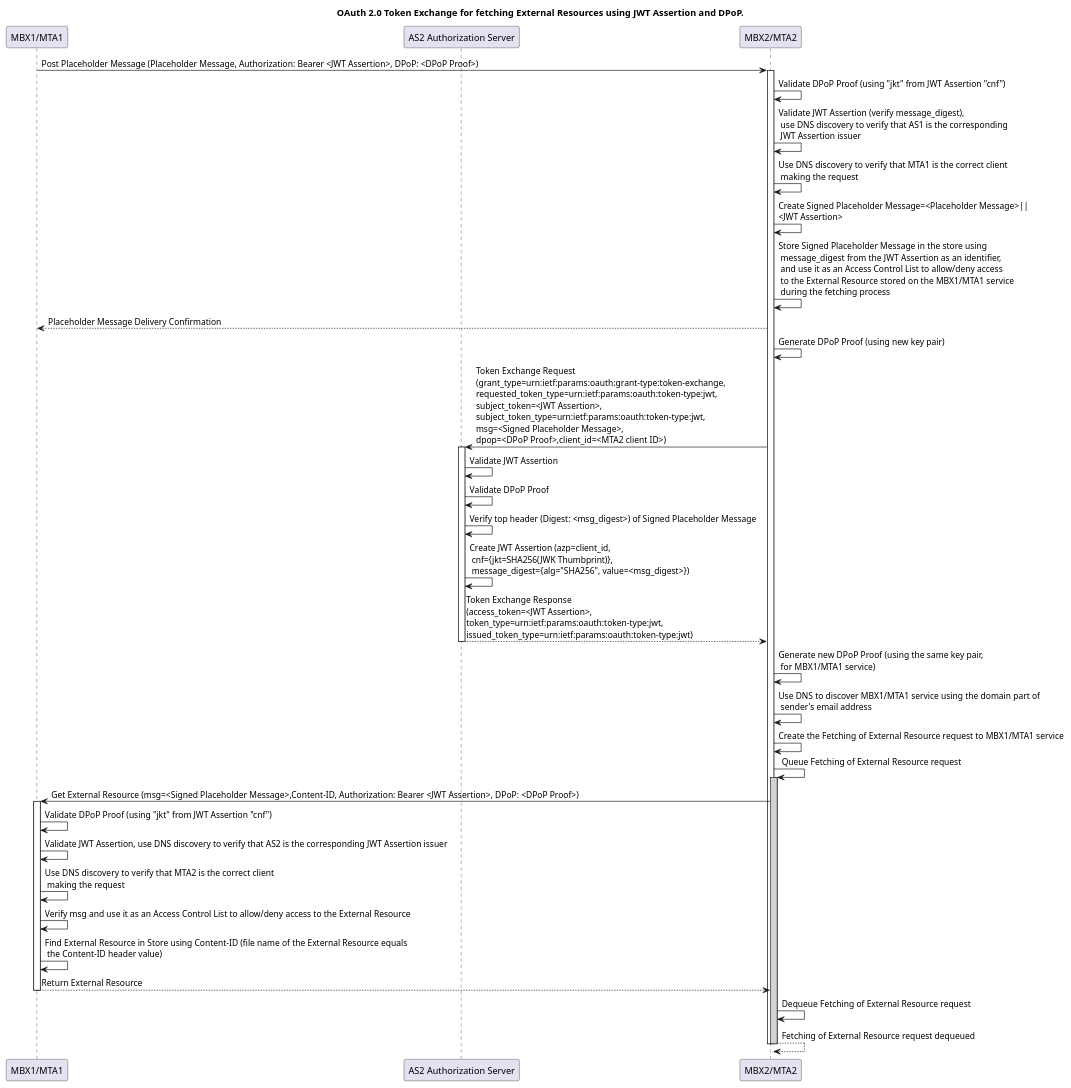
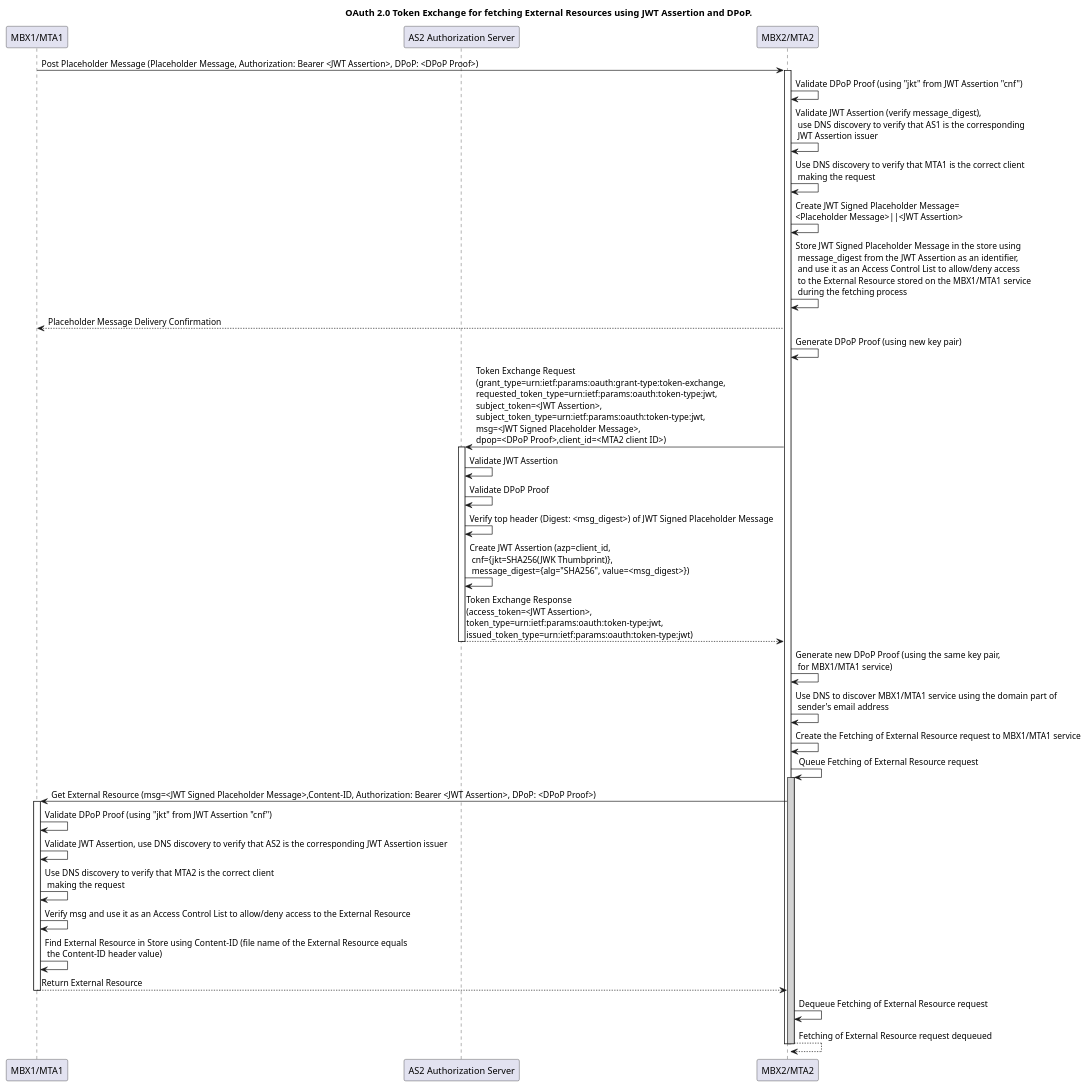
Before and after one commit to federizer/federizer: the third of 4 diagrams in docs/DESCRIPTION.md, drawn with PlantUML. The commit also changed other lines of this file and 2 other files, not shown here.

````diff
--- a/docs/DESCRIPTION.md
+++ b/docs/DESCRIPTION.md
@@ -376,55 +380,55 @@
 ```plantuml
 @startuml
 title OAuth 2.0 Token Exchange for fetching External Resources using JWT Assertion and DPoP.
-participant "MBX1/MTA1" as EntityA
+participant "MBX1/MTA1" as Entity1
 participant "AS2 Authorization Server" as AuthServer
-participant "MBX2/MTA2" as EntityB
+participant "MBX2/MTA2" as Entity2
 
-EntityA -> EntityB: Post Placeholder Message (Placeholder Message, Authorization: Bearer <JWT Assertion>, DPoP: <DPoP Proof>)
-activate EntityB
+Entity1 -> Entity2: Post Placeholder Message (Placeholder Message, Authorization: Bearer <JWT Assertion>, DPoP: <DPoP Proof>)
+activate Entity2
 
-EntityB -> EntityB: Validate DPoP Proof (using "jkt" from JWT Assertion "cnf")
-EntityB -> EntityB: Validate JWT Assertion (verify message_digest),\n use DNS discovery to verify that AS1 is the corresponding\n JWT Assertion issuer
-EntityB -> EntityB: Use DNS discovery to verify that MTA1 is the correct client\n making the request
-EntityB -> EntityB: Create Signed Placeholder Message=<Placeholder Message>||\n<JWT Assertion>
-EntityB -> EntityB: Store Signed Placeholder Message in the store using\n message_digest from the JWT Assertion as an identifier,\n and use it as an Access Control List to allow/deny access\n to the External Resource stored on the MBX1/MTA1 service\n during the fetching process
-EntityB --> EntityA: Placeholder Message Delivery Confirmation
+Entity2 -> Entity2: Validate DPoP Proof (using "jkt" from JWT Assertion "cnf")
+Entity2 -> Entity2: Validate JWT Assertion (verify message_digest),\n use DNS discovery to verify that AS1 is the corresponding\n JWT Assertion issuer
+Entity2 -> Entity2: Use DNS discovery to verify that MTA1 is the correct client\n making the request
+Entity2 -> Entity2: Create JWT Signed Placeholder Message=\n<Placeholder Message>||<JWT Assertion>
+Entity2 -> Entity2: Store JWT Signed Placeholder Message in the store using\n message_digest from the JWT Assertion as an identifier,\n and use it as an Access Control List to allow/deny access\n to the External Resource stored on the MBX1/MTA1 service\n during the fetching process
+Entity2 --> Entity1: Placeholder Message Delivery Confirmation
 
-EntityB -> EntityB: Generate DPoP Proof (using new key pair)
+Entity2 -> Entity2: Generate DPoP Proof (using new key pair)
 
-EntityB -> AuthServer: Token Exchange Request\n(grant_type=urn:ietf:params:oauth:grant-type:token-exchange,\nrequested_token_type=urn:ietf:params:oauth:token-type:jwt,\nsubject_token=<JWT Assertion>,\nsubject_token_type=urn:ietf:params:oauth:token-type:jwt,\nmsg=<Signed Placeholder Message>,\ndpop=<DPoP Proof>,client_id=<MTA2 client ID>)
+Entity2 -> AuthServer: Token Exchange Request\n(grant_type=urn:ietf:params:oauth:grant-type:token-exchange,\nrequested_token_type=urn:ietf:params:oauth:token-type:jwt,\nsubject_token=<JWT Assertion>,\nsubject_token_type=urn:ietf:params:oauth:token-type:jwt,\nmsg=<JWT Signed Placeholder Message>,\ndpop=<DPoP Proof>,client_id=<MTA2 client ID>)
 activate AuthServer
 
 AuthServer -> AuthServer: Validate JWT Assertion
 AuthServer -> AuthServer: Validate DPoP Proof
-AuthServer -> AuthServer: Verify top header (Digest: <msg_digest>) of Signed Placeholder Message
+AuthServer -> AuthServer: Verify top header (Digest: <msg_digest>) of JWT Signed Placeholder Message
 AuthServer -> AuthServer: Create JWT Assertion (azp=client_id,\n cnf={jkt=SHA256(JWK Thumbprint)},\n message_digest={alg="SHA256", value=<msg_digest>})
 
-AuthServer --> EntityB: Token Exchange Response\n(access_token=<JWT Assertion>,\ntoken_type=urn:ietf:params:oauth:token-type:jwt,\nissued_token_type=urn:ietf:params:oauth:token-type:jwt)
+AuthServer --> Entity2: Token Exchange Response\n(access_token=<JWT Assertion>,\ntoken_type=urn:ietf:params:oauth:token-type:jwt,\nissued_token_type=urn:ietf:params:oauth:token-type:jwt)
 deactivate AuthServer
 
-EntityB -> EntityB: Generate new DPoP Proof (using the same key pair,\n for MBX1/MTA1 service)
+Entity2 -> Entity2: Generate new DPoP Proof (using the same key pair,\n for MBX1/MTA1 service)
 
-EntityB -> EntityB: Use DNS to discover MBX1/MTA1 service using the domain part of\n sender's email address
-EntityB -> EntityB: Create the Fetching of External Resource request to MBX1/MTA1 service
-EntityB -> EntityB: Queue Fetching of External Resource request
-activate EntityB #LightGray
+Entity2 -> Entity2: Use DNS to discover MBX1/MTA1 service using the domain part of\n sender's email address
+Entity2 -> Entity2: Create the Fetching of External Resource request to MBX1/MTA1 service
+Entity2 -> Entity2: Queue Fetching of External Resource request
+activate Entity2 #LightGray
 
-EntityB -> EntityA: Get External Resource (msg=<Signed Placeholder Message>,Content-ID, Authorization: Bearer <JWT Assertion>, DPoP: <DPoP Proof>)
-activate EntityA
+Entity2 -> Entity1: Get External Resource (msg=<JWT Signed Placeholder Message>,Content-ID, Authorization: Bearer <JWT Assertion>, DPoP: <DPoP Proof>)
+activate Entity1
 
-EntityA -> EntityA: Validate DPoP Proof (using "jkt" from JWT Assertion "cnf")
-EntityA -> EntityA: Validate JWT Assertion, use DNS discovery to verify that AS2 is the corresponding JWT Assertion issuer
-EntityA -> EntityA: Use DNS discovery to verify that MTA2 is the correct client\n making the request
-EntityA -> EntityA: Verify msg and use it as an Access Control List to allow/deny access to the External Resource
-EntityA -> EntityA: Find External Resource in Store using Content-ID (file name of the External Resource equals\n the Content-ID header value)
-EntityA --> EntityB: Return External Resource
-deactivate EntityA
-EntityB -> EntityB: Dequeue Fetching of External Resource request
-EntityB --> EntityB: Fetching of External Resource request dequeued
+Entity1 -> Entity1: Validate DPoP Proof (using "jkt" from JWT Assertion "cnf")
+Entity1 -> Entity1: Validate JWT Assertion, use DNS discovery to verify that AS2 is the corresponding JWT Assertion issuer
+Entity1 -> Entity1: Use DNS discovery to verify that MTA2 is the correct client\n making the request
+Entity1 -> Entity1: Verify msg and use it as an Access Control List to allow/deny access to the External Resource
+Entity1 -> Entity1: Find External Resource in Store using Content-ID (file name of the External Resource equals\n the Content-ID header value)
+Entity1 --> Entity2: Return External Resource
+deactivate Entity1
+Entity2 -> Entity2: Dequeue Fetching of External Resource request
+Entity2 --> Entity2: Fetching of External Resource request dequeued
 
-deactivate EntityB
-deactivate EntityB
+deactivate Entity2
+deactivate Entity2
 
 @enduml
 ```
````
